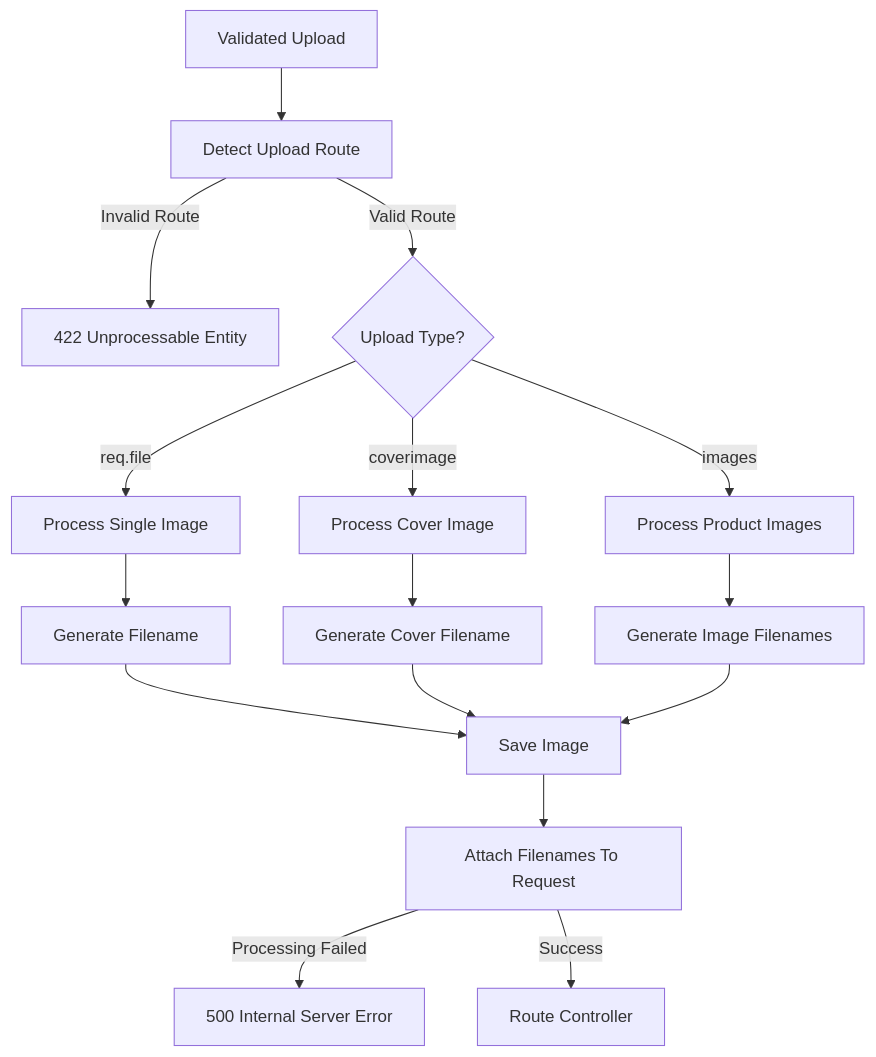
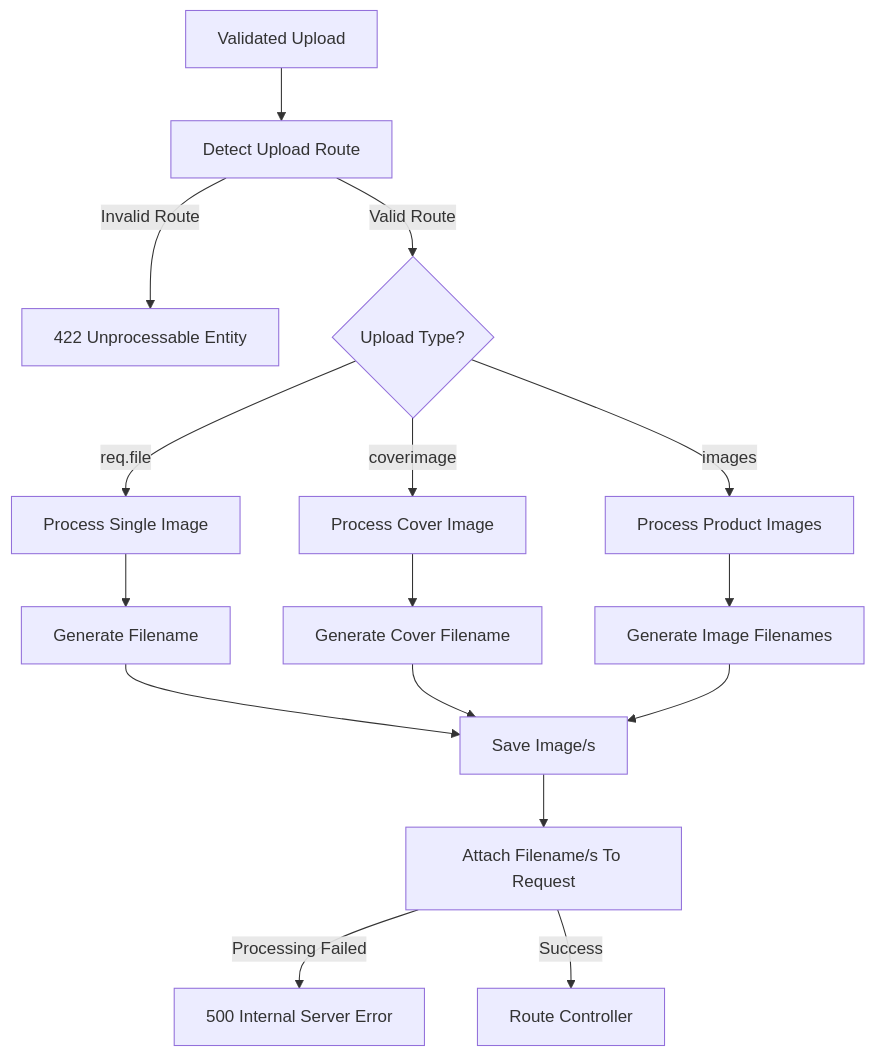
The sixth of 6 diagrams in README.md (osmanramadan/Backend_Ecommerce_Website), drawn with Mermaid before and after one commit. The commit also changed 7 other files, not shown here.

````diff
--- a/README.md
+++ b/README.md
@@ -426,25 +426,25 @@
 ```mermaid
 flowchart TD
     A[Validated Upload] --> B[Detect Upload Route]
 
     B -->|Invalid Route| C[422 Unprocessable Entity]
 
     B -->|Valid Route| D{Upload Type?}
 
     D -->|req.file| E[Process Single Image]
     D -->|coverimage| F[Process Cover Image]
     D -->|images| G[Process Product Images]
 
     E --> H[Generate Filename]
     F --> I[Generate Cover Filename]
     G --> J[Generate Image Filenames]
 
-    H --> K[Save Image]
+    H --> K[Save Image/s]
     I --> K
     J --> K
 
-    K --> L[Attach Filenames To Request]
+    K --> L[Attach Filename/s To Request]
 
     L -->|Processing Failed| M[500 Internal Server Error]
     L -->|Success| N[Route Controller]
 ```
````
